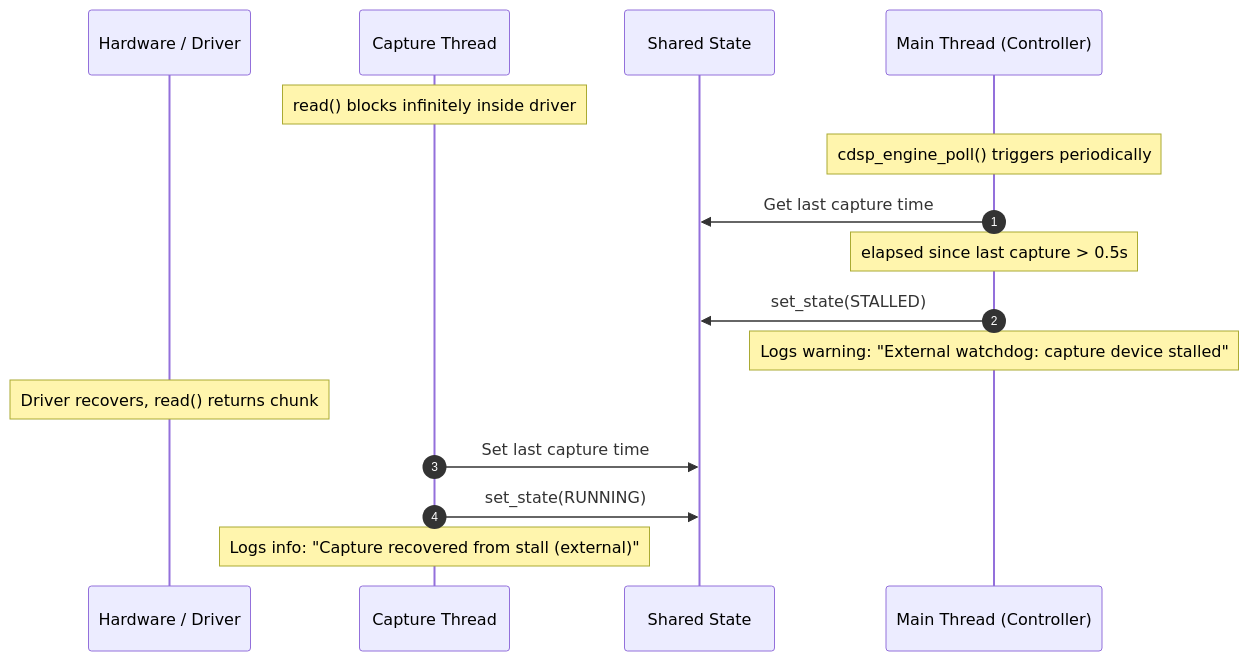
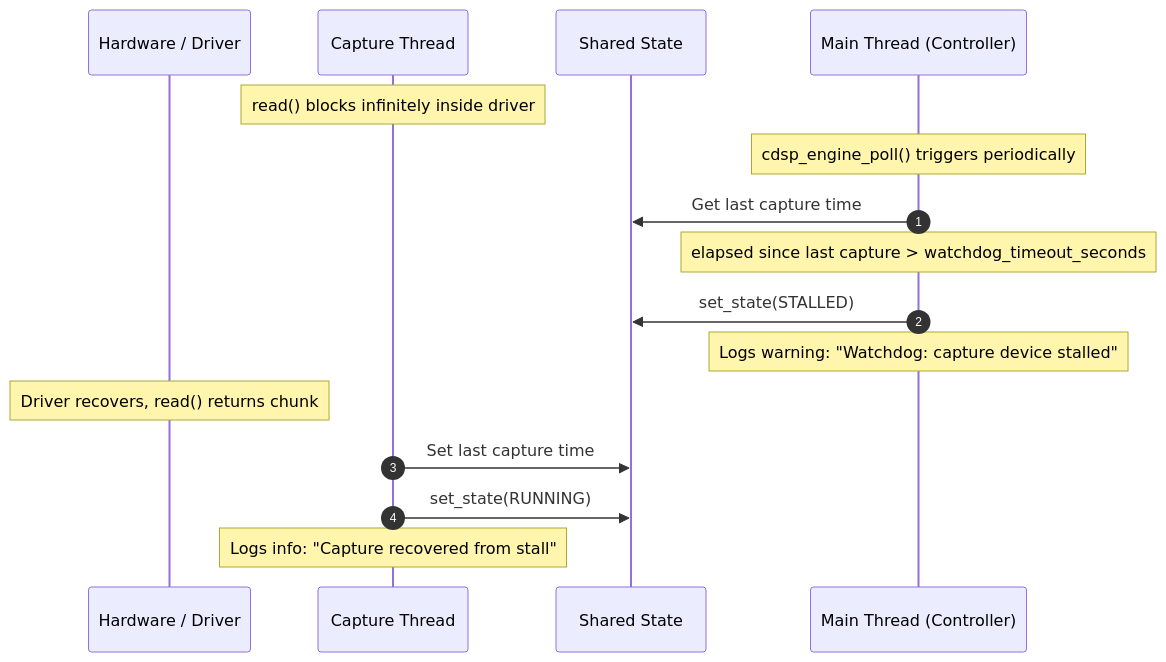
Before and after one commit to Wang-Yue/cdsp: the sixth of 8 diagrams in engine_state_management.md, drawn with Mermaid. The commit also changed other lines of this file and 2 other files, not shown here.

Commit message:
fix: improve watchdog stall detection and recovery logic for capture thread

````diff
--- a/engine_state_management.md
+++ b/engine_state_management.md
@@ -307,20 +308,20 @@
 ```mermaid
 sequenceDiagram
     autonumber
     participant H as Hardware / Driver
     participant C as Capture Thread
     participant S as Shared State
     participant M as Main Thread (Controller)
 
     Note over C: read() blocks infinitely inside driver
     Note over M: cdsp_engine_poll() triggers periodically
     M->>S: Get last capture time
-    Note over M: elapsed since last capture > 0.5s
+    Note over M: elapsed since last capture > watchdog_timeout_seconds
     M->>S: set_state(STALLED)
-    Note over M: Logs warning: "External watchdog: capture device stalled"
+    Note over M: Logs warning: "Watchdog: capture device stalled"
     
     Note over H: Driver recovers, read() returns chunk
     C->>S: Set last capture time
     C->>S: set_state(RUNNING)
-    Note over C: Logs info: "Capture recovered from stall (external)"
+    Note over C: Logs info: "Capture recovered from stall"
 ```
````
